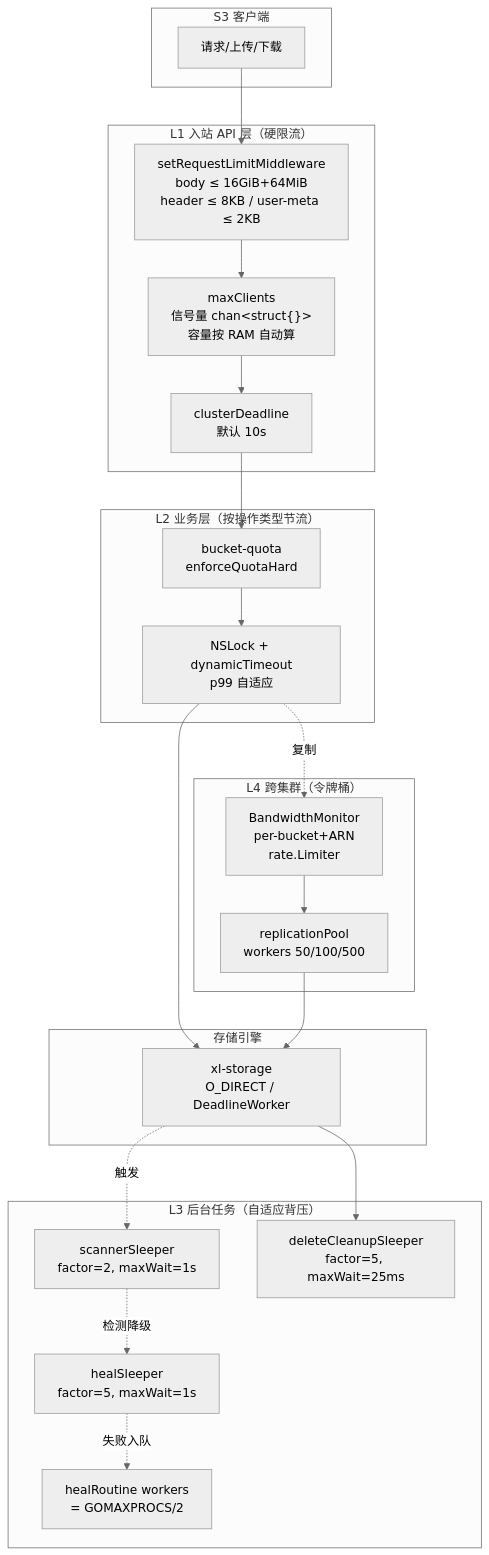
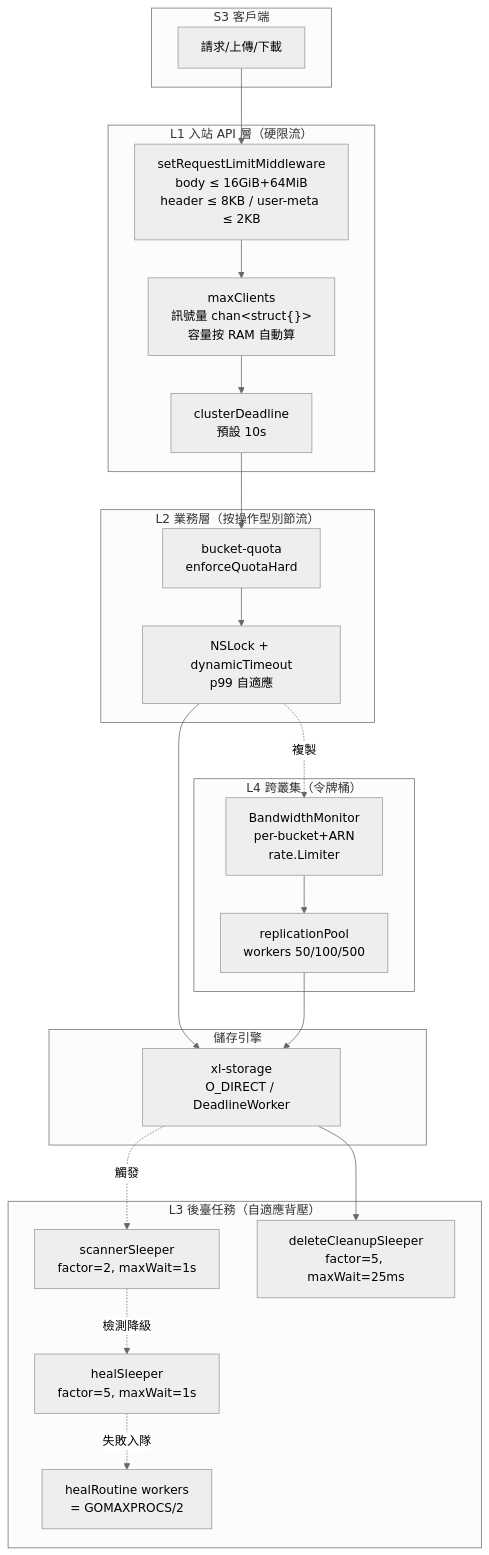
The first of 8 diagrams in repo-analysis/drafts/06-module-rate-control.md (cysu01/minio), drawn with Mermaid (neutral theme) before and after one commit. The commit also changed other lines of this file and 14 other files, not shown here.

````diff
--- a/repo-analysis/drafts/06-module-rate-control.md
+++ b/repo-analysis/drafts/06-module-rate-control.md
@@ -30,41 +30,41 @@
 ```mermaid
 flowchart TB
-    subgraph Client["S3 客户端"]
-        REQ["请求/上传/下载"]
+    subgraph Client["S3 客戶端"]
+        REQ["請求/上傳/下載"]
     end
 
-    subgraph L1["L1 入站 API 层（硬限流）"]
+    subgraph L1["L1 入站 API 層（硬限流）"]
         SZ["setRequestLimitMiddleware<br/>body ≤ 16GiB+64MiB<br/>header ≤ 8KB / user-meta ≤ 2KB"]
-        MC["maxClients<br/>信号量 chan&lt;struct{}&gt;<br/>容量按 RAM 自动算"]
-        CD["clusterDeadline<br/>默认 10s"]
+        MC["maxClients<br/>訊號量 chan&lt;struct{}&gt;<br/>容量按 RAM 自動算"]
+        CD["clusterDeadline<br/>預設 10s"]
     end
 
-    subgraph L2["L2 业务层（按操作类型节流）"]
+    subgraph L2["L2 業務層（按操作型別節流）"]
         QUOTA["bucket-quota<br/>enforceQuotaHard"]
-        LOCK["NSLock + dynamicTimeout<br/>p99 自适应"]
+        LOCK["NSLock + dynamicTimeout<br/>p99 自適應"]
     end
 
-    subgraph L3["L3 后台任务（自适应背压）"]
+    subgraph L3["L3 後臺任務（自適應背壓）"]
         SCAN["scannerSleeper<br/>factor=2, maxWait=1s"]
         HEAL["healSleeper<br/>factor=5, maxWait=1s"]
         TRASH["deleteCleanupSleeper<br/>factor=5, maxWait=25ms"]
         MRF["healRoutine workers<br/>= GOMAXPROCS/2"]
     end
 
-    subgraph L4["L4 跨集群（令牌桶）"]
+    subgraph L4["L4 跨叢集（令牌桶）"]
         BWM["BandwidthMonitor<br/>per-bucket+ARN<br/>rate.Limiter"]
         REPL["replicationPool<br/>workers 50/100/500"]
     end
 
-    subgraph Disk["存储引擎"]
+    subgraph Disk["儲存引擎"]
         XL["xl-storage<br/>O_DIRECT / DeadlineWorker"]
     end
 
     REQ --> SZ --> MC --> CD --> QUOTA --> LOCK
     LOCK --> XL
-    XL -.触发.-> SCAN
-    SCAN -.检测降级.-> HEAL
-    HEAL -.失败入队.-> MRF
+    XL -.觸發.-> SCAN
+    SCAN -.檢測降級.-> HEAL
+    HEAL -.失敗入隊.-> MRF
     XL --> TRASH
-    LOCK -.复制.-> BWM --> REPL --> XL
+    LOCK -.複製.-> BWM --> REPL --> XL
 ```
````
